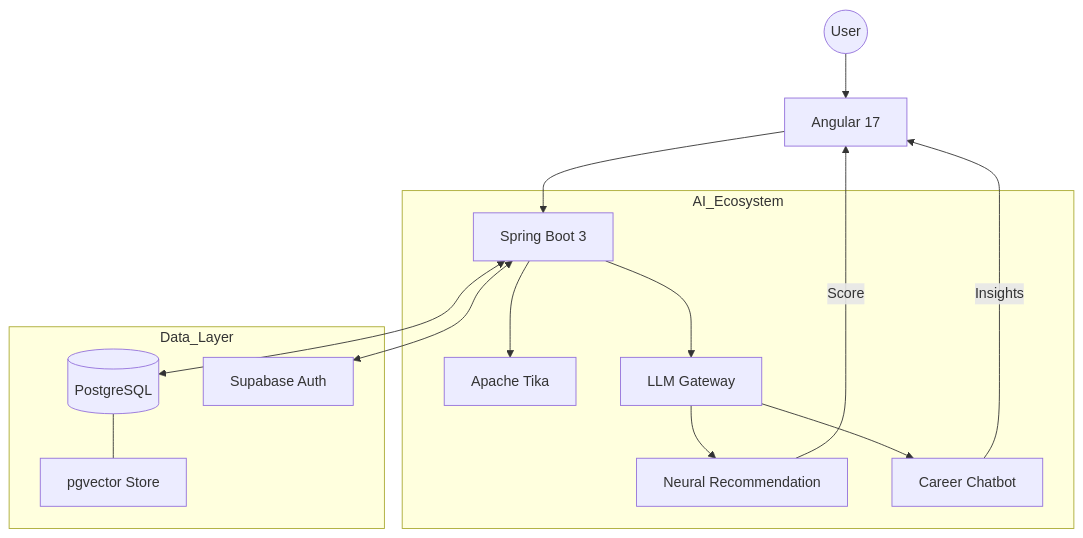
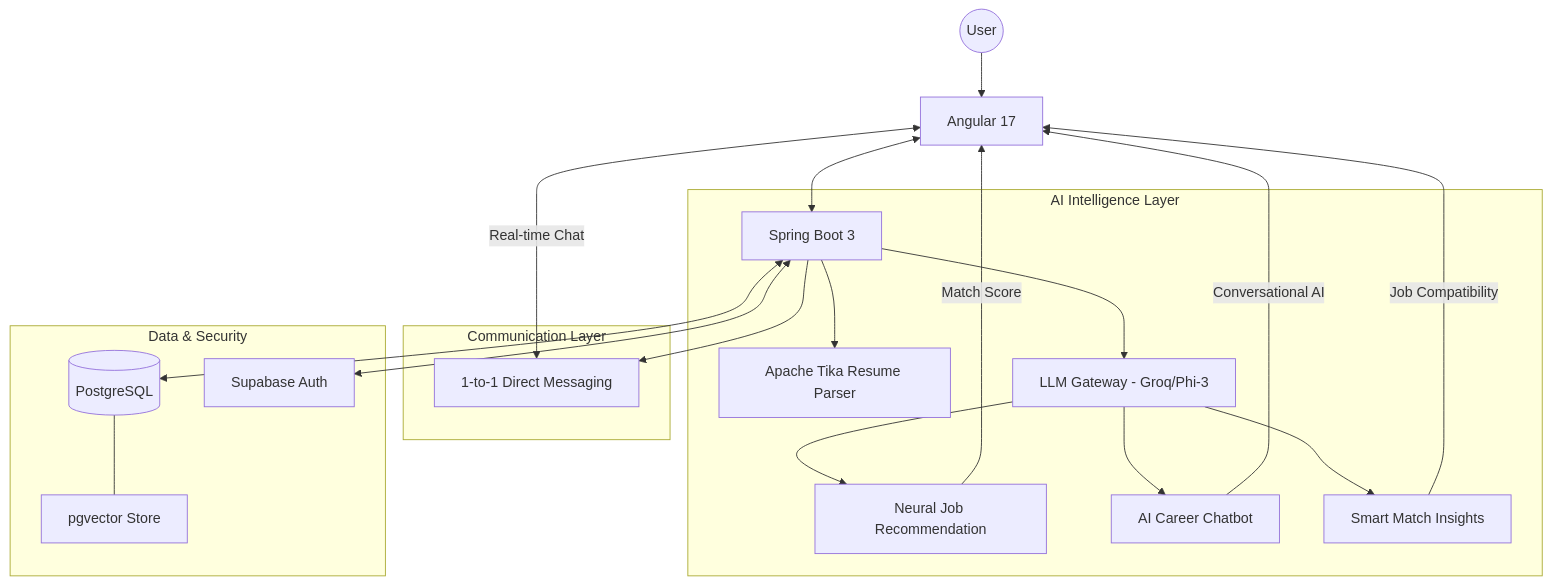
One commit to ArrinPaul/Smart-Job-Application-System changed the first of 2 diagrams in README.md. Above: the diagram before and after it, drawn with Mermaid. The commit also changed 4 other files, not shown here.

````diff
--- a/README.md
+++ b/README.md
@@ -26,21 +26,28 @@
 ```mermaid
 graph TD
     User((User)) --> FE[Angular 17]
-    FE --> BE[Spring Boot 3]
+    FE <--> BE[Spring Boot 3]
 
-    subgraph AI_Ecosystem
-        BE --> TIKA[Apache Tika]
-        BE --> LLM[LLM Gateway]
-        LLM --> REC[Neural Recommendation]
-        LLM --> BOT[Career Chatbot]
+    subgraph AI_Intelligence_Layer [AI Intelligence Layer]
+        BE --> TIKA[Apache Tika Resume Parser]
+        BE --> LLM[LLM Gateway - Groq/Phi-3]
+        LLM --> REC[Neural Job Recommendation]
+        LLM --> BOT[AI Career Chatbot]
+        LLM --> INS[Smart Match Insights]
     end
 
-    subgraph Data_Layer
+    subgraph Communication_Layer [Communication Layer]
+        BE --> DM[1-to-1 Direct Messaging]
+    end
+
+    subgraph Data_Layer [Data & Security]
         BE <--> DB[(PostgreSQL)]
         DB --- VEC[pgvector Store]
         BE <--> AUTH[Supabase Auth]
     end
 
-    REC -->|Score| FE
-    BOT -->|Insights| FE
+    REC -->|Match Score| FE
+    BOT -->|Conversational AI| FE
+    INS -->|Job Compatibility| FE
+    DM <-->|Real-time Chat| FE
 ```
````
